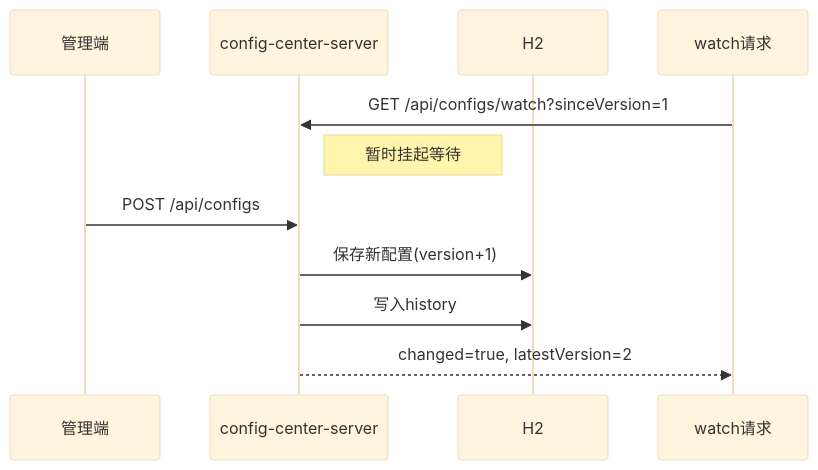
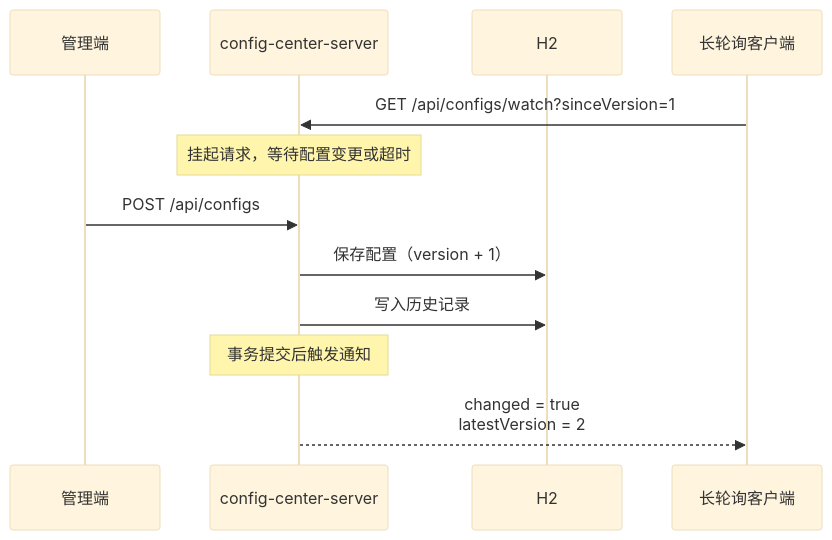
Before and after one commit to MyKr-YSteinsK/config-center: the second of 3 diagrams in README.md, drawn with Mermaid (base theme). The commit also changed other lines of this file, not shown here.

````diff
--- a/README.md
+++ b/README.md
@@ -218,15 +218,16 @@
 ```mermaid
 sequenceDiagram
     participant Admin as 管理端
     participant Server as config-center-server
     participant DB as H2
-    participant Watcher as watch请求
+    participant Watcher as 长轮询客户端
 
     Watcher->>Server: GET /api/configs/watch?sinceVersion=1
-    Note right of Server: 暂时挂起等待
+    Note over Server: 挂起请求，等待配置变更或超时
 
     Admin->>Server: POST /api/configs
-    Server->>DB: 保存新配置(version+1)
-    Server->>DB: 写入history
-    Server-->>Watcher: changed=true, latestVersion=2
+    Server->>DB: 保存配置（version + 1）
+    Server->>DB: 写入历史记录
+    Note over Server: 事务提交后触发通知
+    Server-->>Watcher: changed = true<br/>latestVersion = 2
 ```
````
